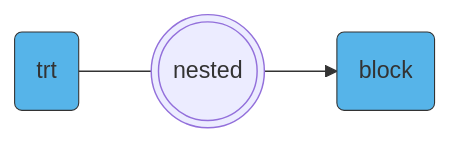
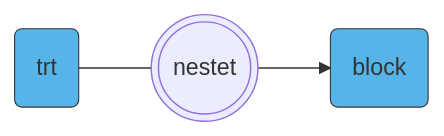
The third of 7 diagrams in experimental-design-advanced.qmd (jkruppa/jkruppa.github.io), drawn with Mermaid before and after one commit. The commit also changed other lines of this file and 29 other files, not shown here.

````diff
--- a/experimental-design-advanced.qmd
+++ b/experimental-design-advanced.qmd
@@ -478,8 +499,8 @@
 ```{mermaid}
 %%| label: fig-mermaid-sub-1
 %%| fig-width: 6
 %%| fig-cap: "text"
 flowchart LR
-    A(trt):::factor --- B(((nested))) --> C(block):::factor 
+    A(trt):::factor --- B(((nestet))) --> C(block):::factor 
     classDef factor fill:#56B4E9,stroke:#333,stroke-width:0.75px
 ```
````
